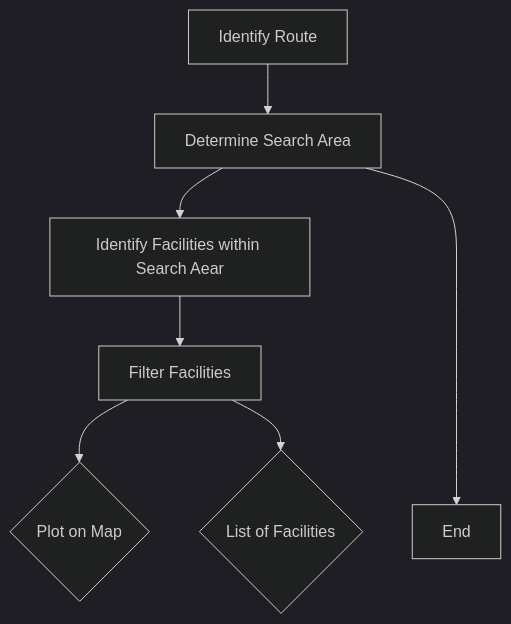
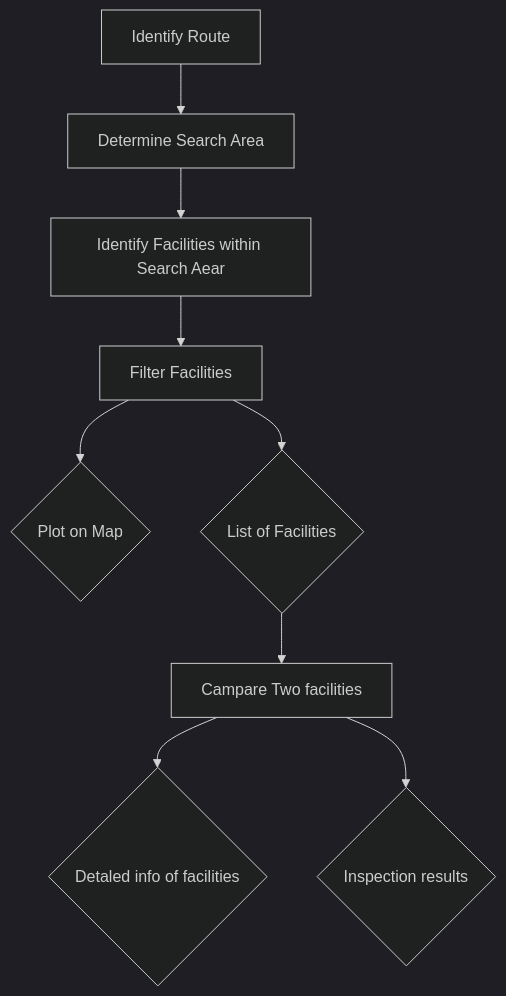
The diagram in README.md (abidgen/nyc_childcare_finder), drawn with Mermaid (dark theme) before and after one commit. The commit also changed other lines of this file, not shown here.

````diff
--- a/README.md
+++ b/README.md
@@ -32,8 +32,9 @@
 ```mermaid
 flowchart TD
     A[Identify Route] --> B[Determine Search Area]
     B --> C[Identify Facilities within Search Aear]
     C --> D[Filter Facilities]
     D --> E{Plot on Map} & F{List of Facilities}
-    B ---->G[End]
+    F --> G[Campare Two facilities]
+    G --> H{Detaled info of facilities} & I{Inspection results}
 ```
````
